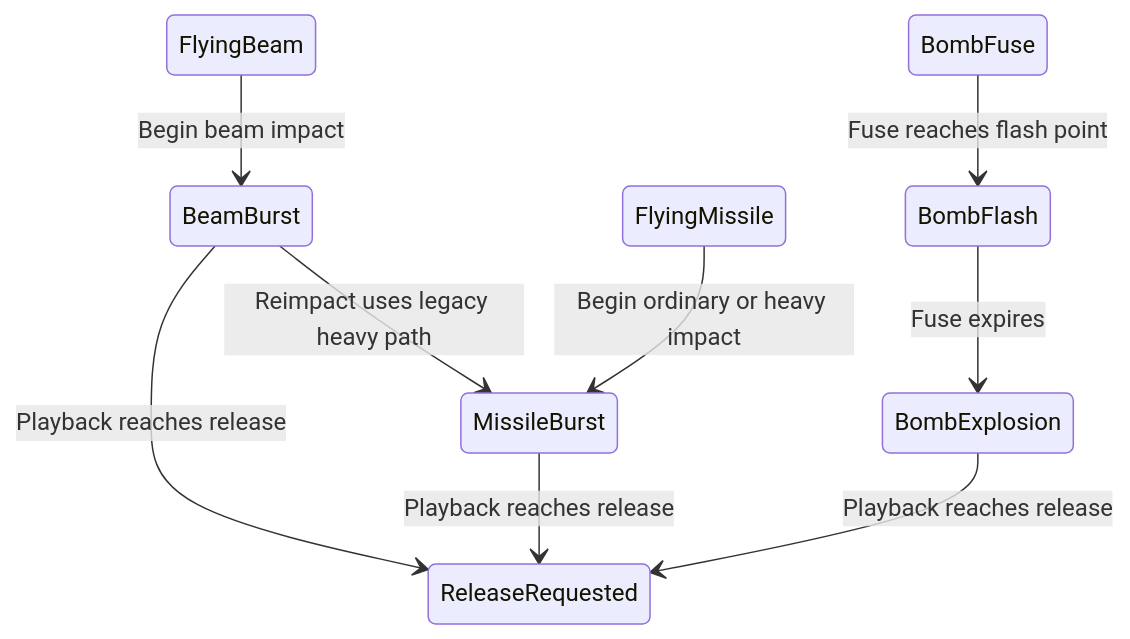
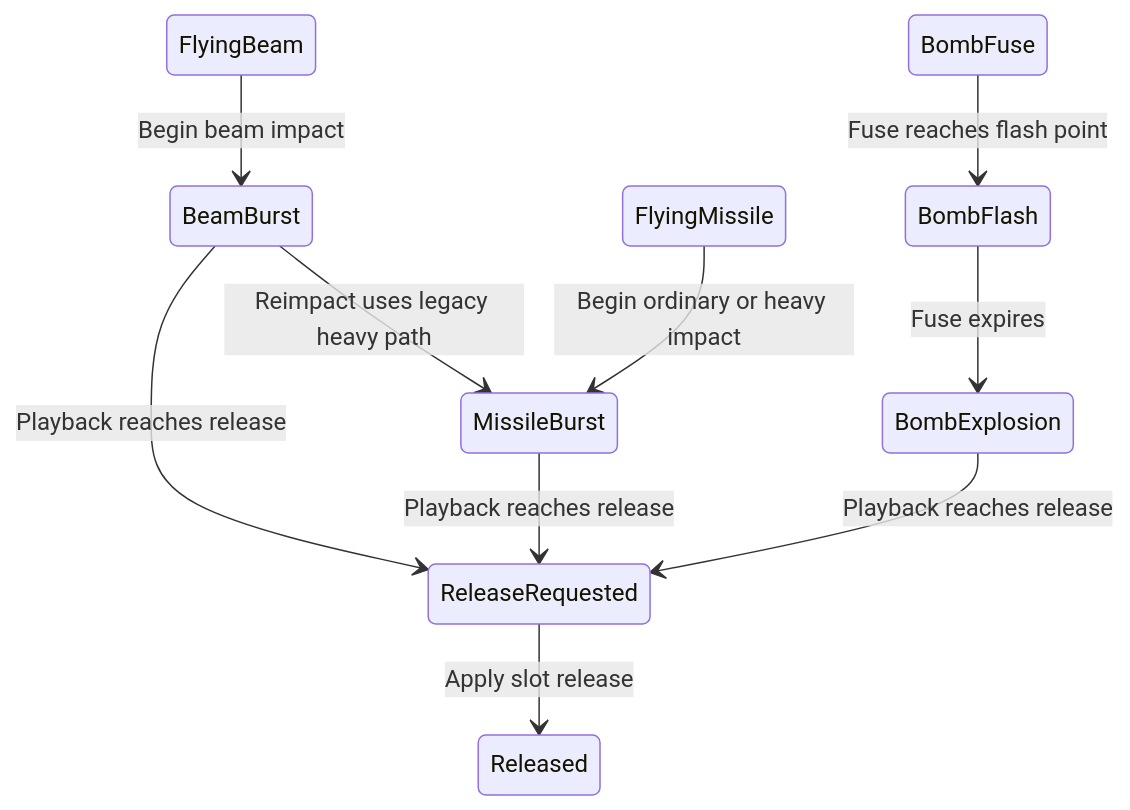
One commit to JimLundin/sm-decomp changed the fourth of 4 diagrams in docs/ENGINE_DESIGN.md. Above: the diagram before and after it, drawn with Mermaid. The commit also changed other lines of this file and 3 other files, not shown here.

````diff
--- a/docs/ENGINE_DESIGN.md
+++ b/docs/ENGINE_DESIGN.md
@@ -487,11 +487,12 @@
 ```mermaid
 stateDiagram-v2
     FlyingBeam --> BeamBurst: Begin beam impact
     FlyingMissile --> MissileBurst: Begin ordinary or heavy impact
     BombFuse --> BombFlash: Fuse reaches flash point
     BombFlash --> BombExplosion: Fuse expires
     BeamBurst --> ReleaseRequested: Playback reaches release
     MissileBurst --> ReleaseRequested: Playback reaches release
     BombExplosion --> ReleaseRequested: Playback reaches release
+    ReleaseRequested --> Released: Apply slot release
     BeamBurst --> MissileBurst: Reimpact uses legacy heavy path
 ```
````
